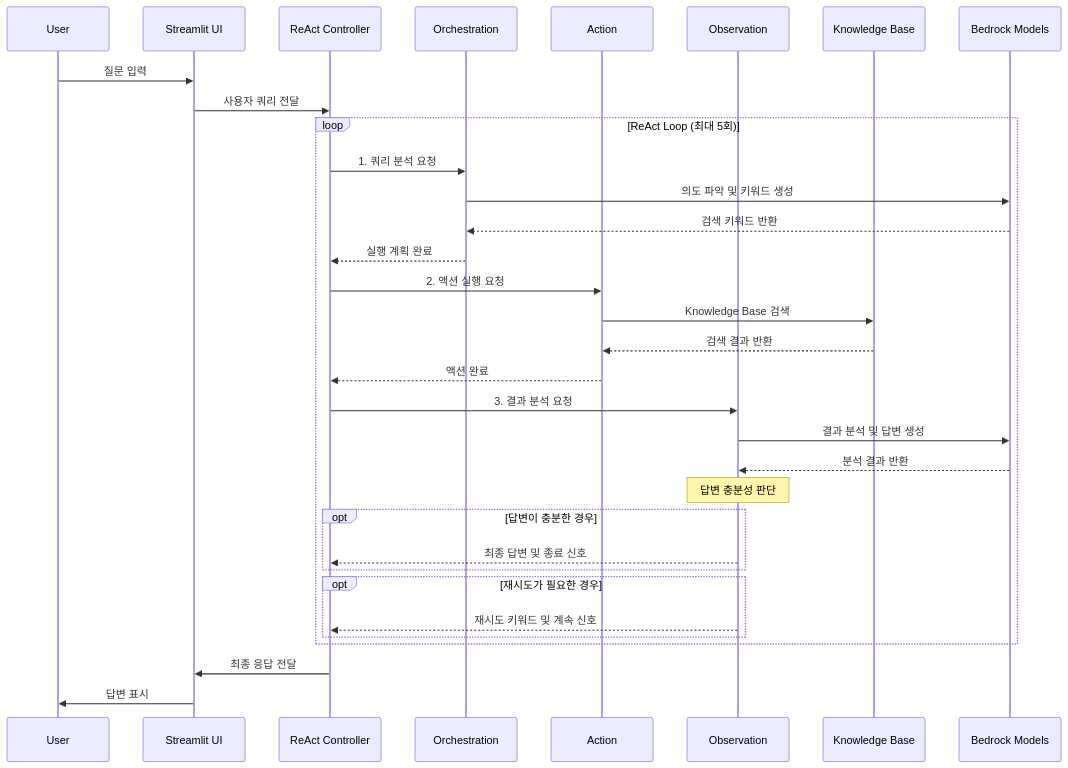
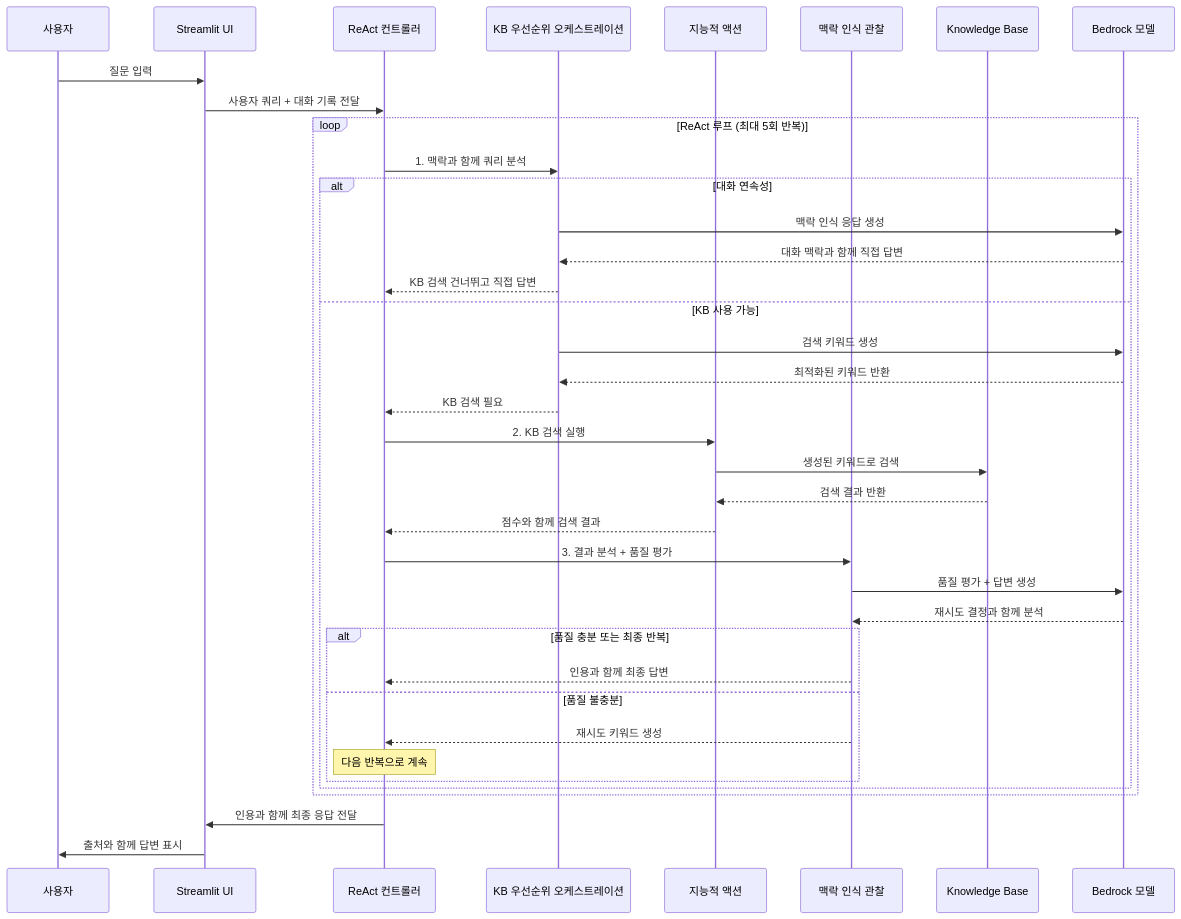
One commit to jesamkim/aws-strands-agents-chatbot changed the second of 2 diagrams in README-KO.md. Above: the diagram before and after it, drawn with Mermaid. The commit also changed other lines of this file and 16 other files, not shown here.

````diff
--- a/README-KO.md
+++ b/README-KO.md
@@ -100,43 +118,47 @@
 ```mermaid
 sequenceDiagram
-    participant User
+    participant User as 사용자
     participant UI as Streamlit UI
-    participant RC as ReAct Controller
-    participant O as Orchestration
-    participant A as Action
-    participant Obs as Observation
+    participant RC as ReAct 컨트롤러
+    participant O as KB 우선순위 오케스트레이션
+    participant A as 지능적 액션
+    participant Obs as 맥락 인식 관찰
     participant KB as Knowledge Base
-    participant LLM as Bedrock Models
+    participant LLM as Bedrock 모델
     
     User->>UI: 질문 입력
-    UI->>RC: 사용자 쿼리 전달
+    UI->>RC: 사용자 쿼리 + 대화 기록 전달
     
-    loop ReAct Loop (최대 5회)
-        RC->>O: 1. 쿼리 분석 요청
-        O->>LLM: 의도 파악 및 키워드 생성
-        LLM-->>O: 검색 키워드 반환
-        O-->>RC: 실행 계획 완료
+    loop ReAct 루프 (최대 5회 반복)
+        RC->>O: 1. 맥락과 함께 쿼리 분석
         
-        RC->>A: 2. 액션 실행 요청
-        A->>KB: Knowledge Base 검색
-        KB-->>A: 검색 결과 반환
-        A-->>RC: 액션 완료
-        
-        RC->>Obs: 3. 결과 분석 요청
-        Obs->>LLM: 결과 분석 및 답변 생성
-        LLM-->>Obs: 분석 결과 반환
-        
-        Note over Obs: 답변 충분성 판단
-        
-        opt 답변이 충분한 경우
-            Obs-->>RC: 최종 답변 및 종료 신호
-        end
-        
-        opt 재시도가 필요한 경우
-            Obs-->>RC: 재시도 키워드 및 계속 신호
+        alt 대화 연속성
+            O->>LLM: 맥락 인식 응답 생성
+            LLM-->>O: 대화 맥락과 함께 직접 답변
+            O-->>RC: KB 검색 건너뛰고 직접 답변
+        else KB 사용 가능
+            O->>LLM: 검색 키워드 생성
+            LLM-->>O: 최적화된 키워드 반환
+            O-->>RC: KB 검색 필요
+            
+            RC->>A: 2. KB 검색 실행
+            A->>KB: 생성된 키워드로 검색
+            KB-->>A: 검색 결과 반환
+            A-->>RC: 점수와 함께 검색 결과
+            
+            RC->>Obs: 3. 결과 분석 + 품질 평가
+            Obs->>LLM: 품질 평가 + 답변 생성
+            LLM-->>Obs: 재시도 결정과 함께 분석
+            
+            alt 품질 충분 또는 최종 반복
+                Obs-->>RC: 인용과 함께 최종 답변
+            else 품질 불충분
+                Obs-->>RC: 재시도 키워드 생성
+                Note over RC: 다음 반복으로 계속
+            end
         end
     end
     
-    RC->>UI: 최종 응답 전달
-    UI->>User: 답변 표시
+    RC->>UI: 인용과 함께 최종 응답 전달
+    UI->>User: 출처와 함께 답변 표시
 ```
````
